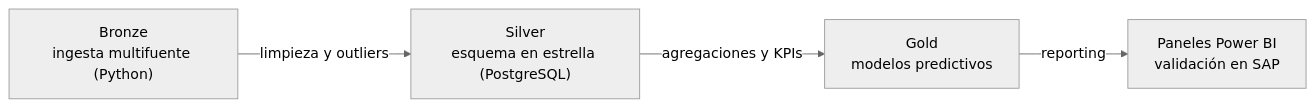
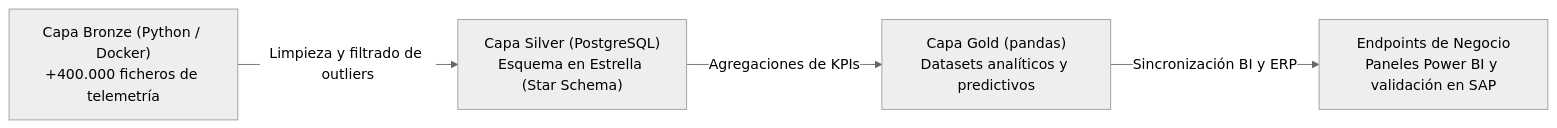
The second of 3 diagrams in README.es.md (Rorro101004/Rorro101004), drawn with Mermaid (neutral theme) before and after one commit. The commit also changed other lines of this file and 1 other file, not shown here.

````diff
--- a/README.es.md
+++ b/README.es.md
@@ -80,6 +80,6 @@
 ```mermaid
 flowchart LR
-    A["Bronze<br/>ingesta multifuente (Python)"] -->|limpieza y outliers| B["Silver<br/>esquema en estrella (PostgreSQL)"]
-    B -->|agregaciones y KPIs| C["Gold<br/>modelos predictivos"]
-    C -->|reporting| D["Paneles Power BI<br/>validación en SAP"]
+    A["Capa Bronze (Python / Docker)<br/>+400.000 ficheros de telemetría"] -->|Limpieza y filtrado de outliers| B["Capa Silver (PostgreSQL)<br/>Esquema en Estrella (Star Schema)"]
+    B -->|Agregaciones de KPIs| C["Capa Gold (pandas)<br/>Datasets analíticos y predictivos"]
+    C -->|Sincronización BI y ERP| D["Endpoints de Negocio<br/>Paneles Power BI y validación en SAP"]
 ```
````
